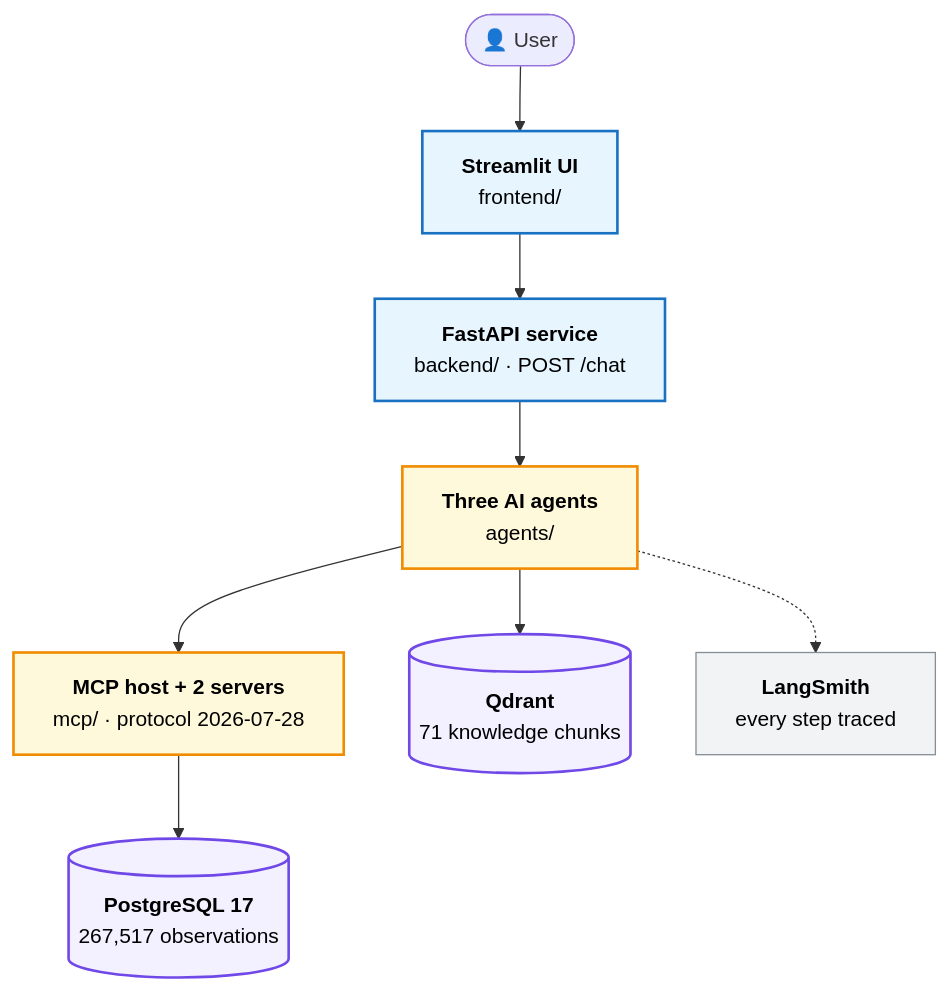
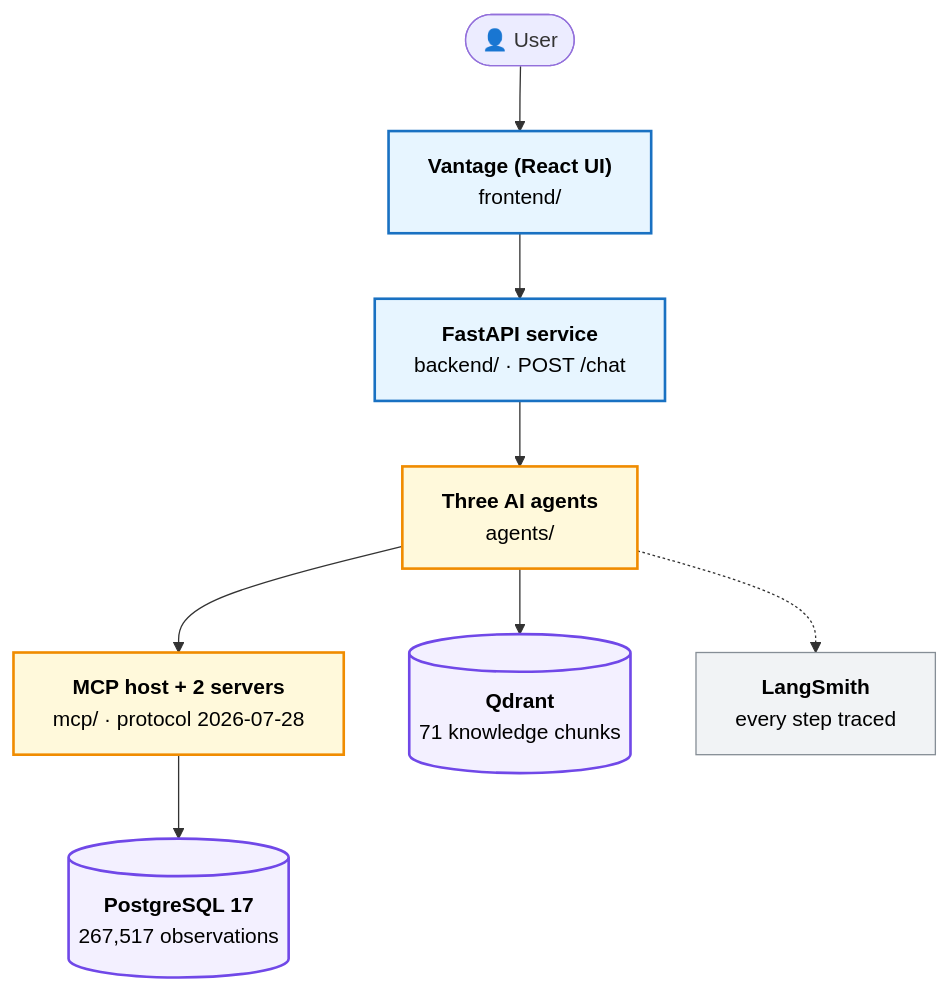
Before and after one commit to KrishnaAnnavaram/semantic-mcp-data-access-gateway: the first of 10 diagrams in README.md, drawn with Mermaid. The commit also changed other lines of this file and 11 other files, not shown here.

````diff
--- a/README.md
+++ b/README.md
@@ -68,28 +68,28 @@
 ```mermaid
 flowchart TB
     U(["👤 User"])
-    F["<b>Streamlit UI</b><br/>frontend/"]
+    F["<b>Vantage (React UI)</b><br/>frontend/"]
     B["<b>FastAPI service</b><br/>backend/ · POST /chat"]
     A["<b>Three AI agents</b><br/>agents/"]
     M["<b>MCP host + 2 servers</b><br/>mcp/ · protocol 2026-07-28"]
     P[("<b>PostgreSQL 17</b><br/>267,517 observations")]
     Q[("<b>Qdrant</b><br/>71 knowledge chunks")]
     L["<b>LangSmith</b><br/>every step traced"]
 
     U --> F
     F --> B
     B --> A
     A --> M
     M --> P
     A --> Q
     A -.-> L
 
     classDef ui fill:#e7f5ff,stroke:#1971c2,stroke-width:2px,color:#000
     classDef agent fill:#fff9db,stroke:#f08c00,stroke-width:2px,color:#000
     classDef store fill:#f3f0ff,stroke:#7048e8,stroke-width:2px,color:#000
     classDef obs fill:#f1f3f5,stroke:#868e96,color:#000
     class F,B ui
     class A,M agent
     class P,Q store
     class L obs
 ```
````
